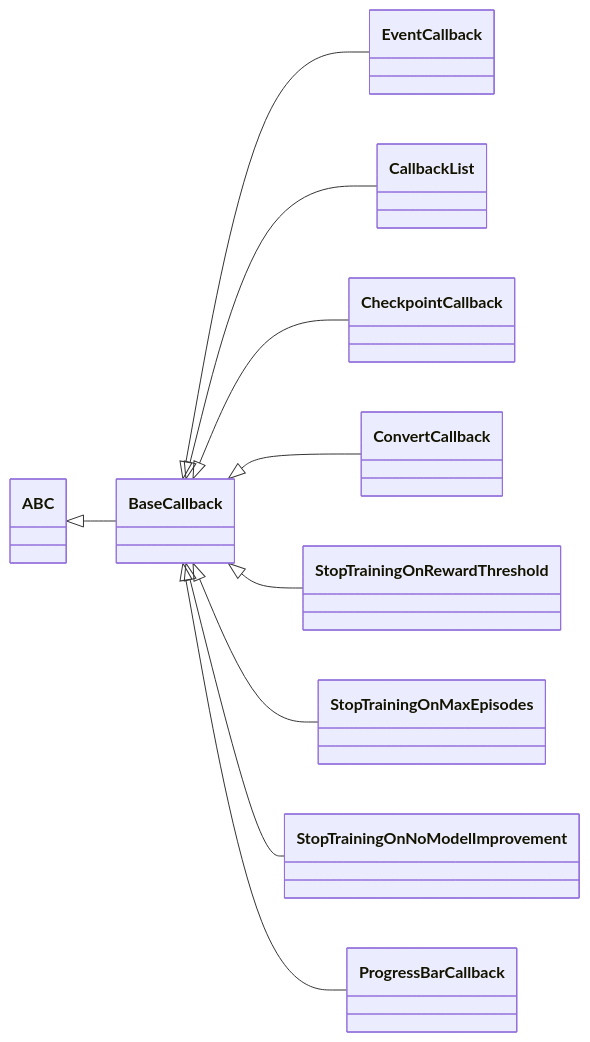
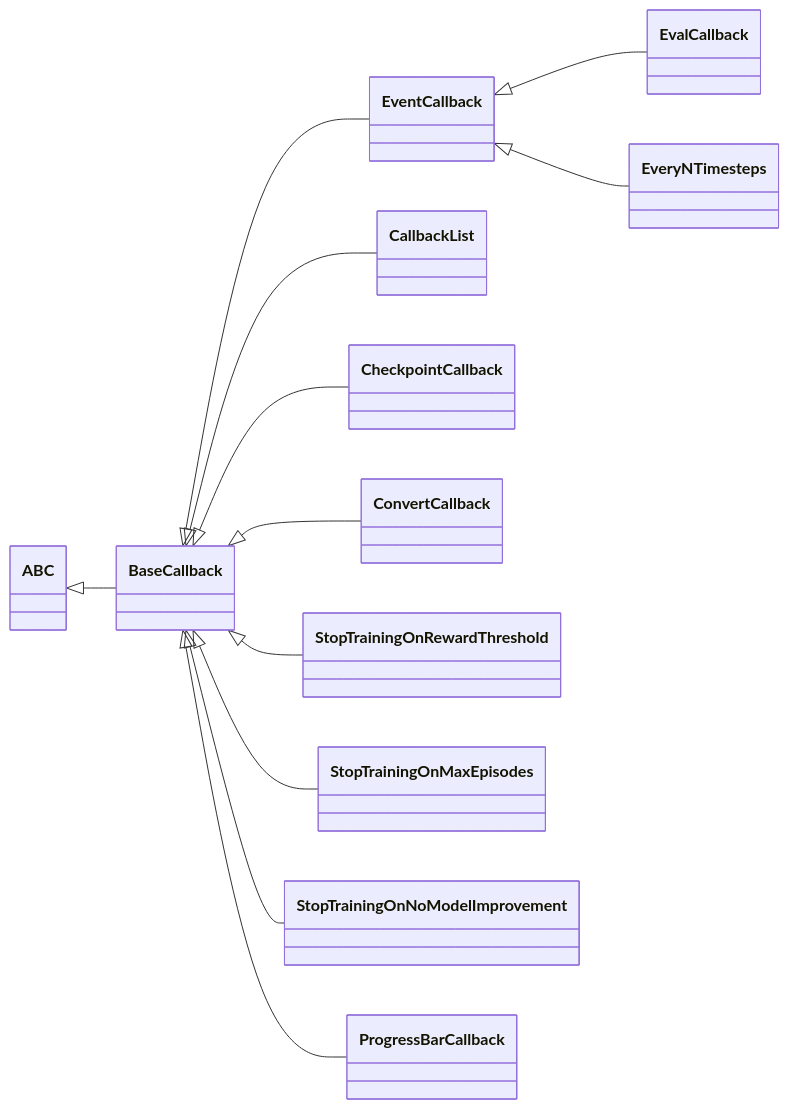
One commit to ARG-NCTU/oop-python-nycu changed the fourth of 6 diagrams in docs/sb3-class-diagram.md. Above: the diagram before and after it, drawn with Mermaid. The commit also changed other lines of this file, not shown here.

Commit message:
modify: BasePolicy BaseAlgorithm NameTuple BaseCallback, add ActionNoise SeqWriter KVWriter Enum-branch Protocol-branch

````diff
--- a/docs/sb3-class-diagram.md
+++ b/docs/sb3-class-diagram.md
@@ -88,13 +71,15 @@
 ```mermaid
 classDiagram
     direction LR:
     ABC <|-- BaseCallback
     BaseCallback <|-- EventCallback
     BaseCallback <|-- CallbackList
     BaseCallback <|-- CheckpointCallback
     BaseCallback <|-- ConvertCallback
+    EventCallback <|-- EvalCallback
     BaseCallback <|-- StopTrainingOnRewardThreshold
+    EventCallback <|-- EveryNTimesteps
     BaseCallback <|-- StopTrainingOnMaxEpisodes
     BaseCallback <|-- StopTrainingOnNoModelImprovement
     BaseCallback <|-- ProgressBarCallback
 ```
````
